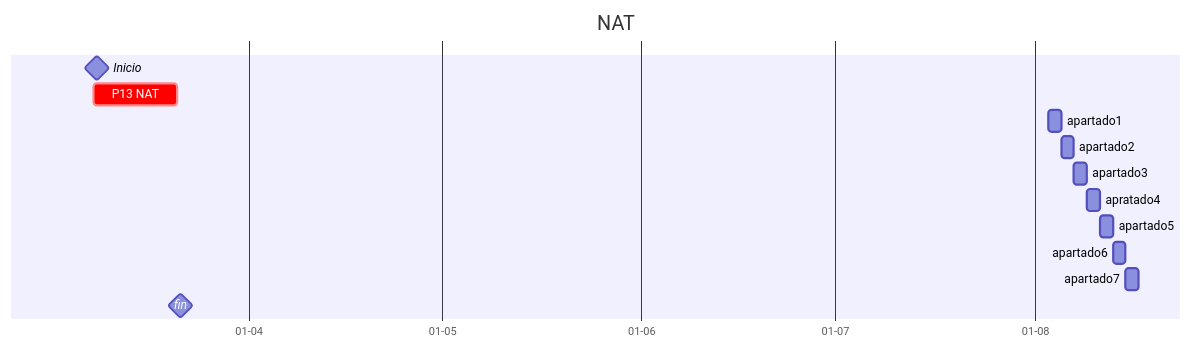
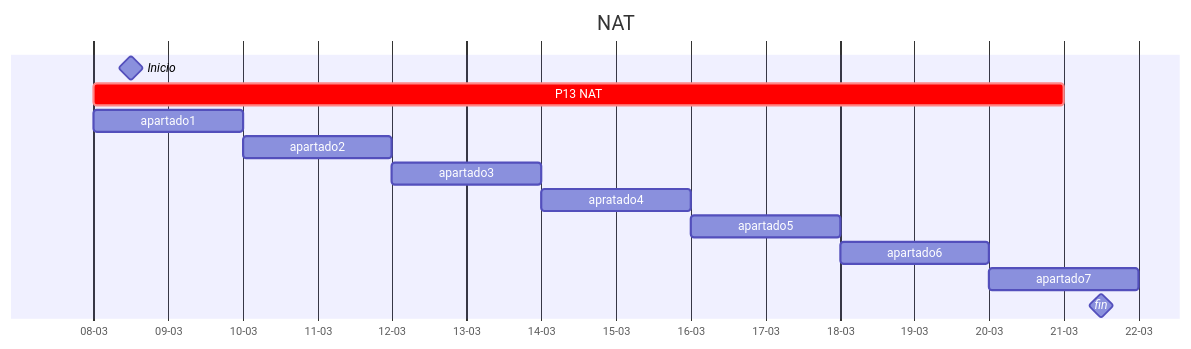
One commit to robertorodriguez98/apuntesClase changed the diagram in gantt/nat.md. Above: the diagram before and after it, drawn with Mermaid. The commit also changed 6 other files, not shown here.

````diff
--- a/gantt/nat.md
+++ b/gantt/nat.md
@@ -2,19 +2,19 @@
 ```mermaid
 gantt
     %%etiquetas posibles: done,active,crit,milestone
     title NAT
     dateFormat  DD-MM-YY
     axisFormat  %d-%m
     Inicio : milestone,08-03-22,1d
 
     P13 NAT             :crit,nat,08-03-22,21-03-22
-    apartado1           :8-03-22,2d
+    apartado1           :08-03-22,10-03-22
     apartado2           :2d
     apartado3           :2d
     apratado4           :2d
     apartado5           :2d
     apartado6           :2d
     apartado7           :2d
     fin  : milestone,21-03-22,1d
 
 ```
````
